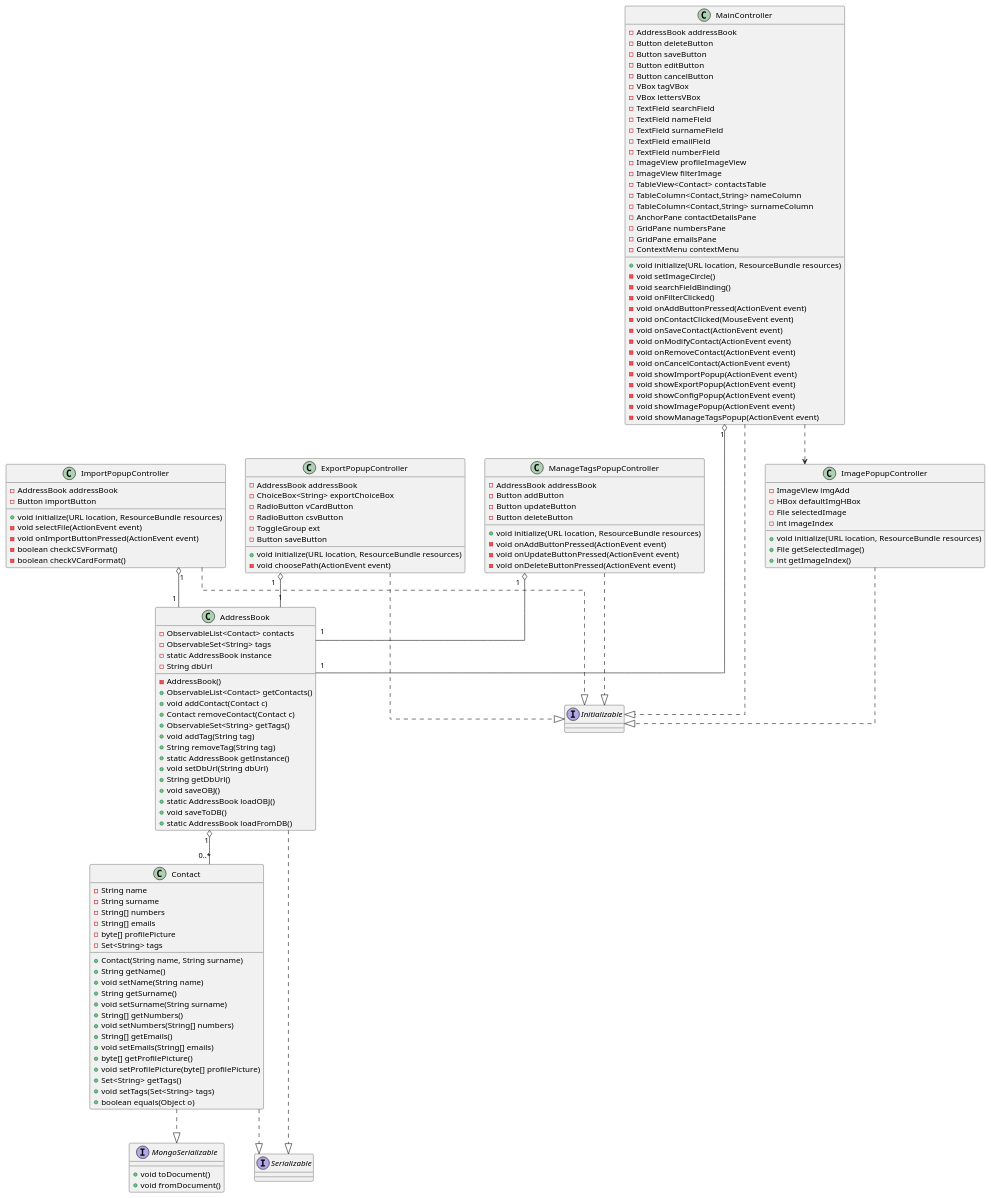
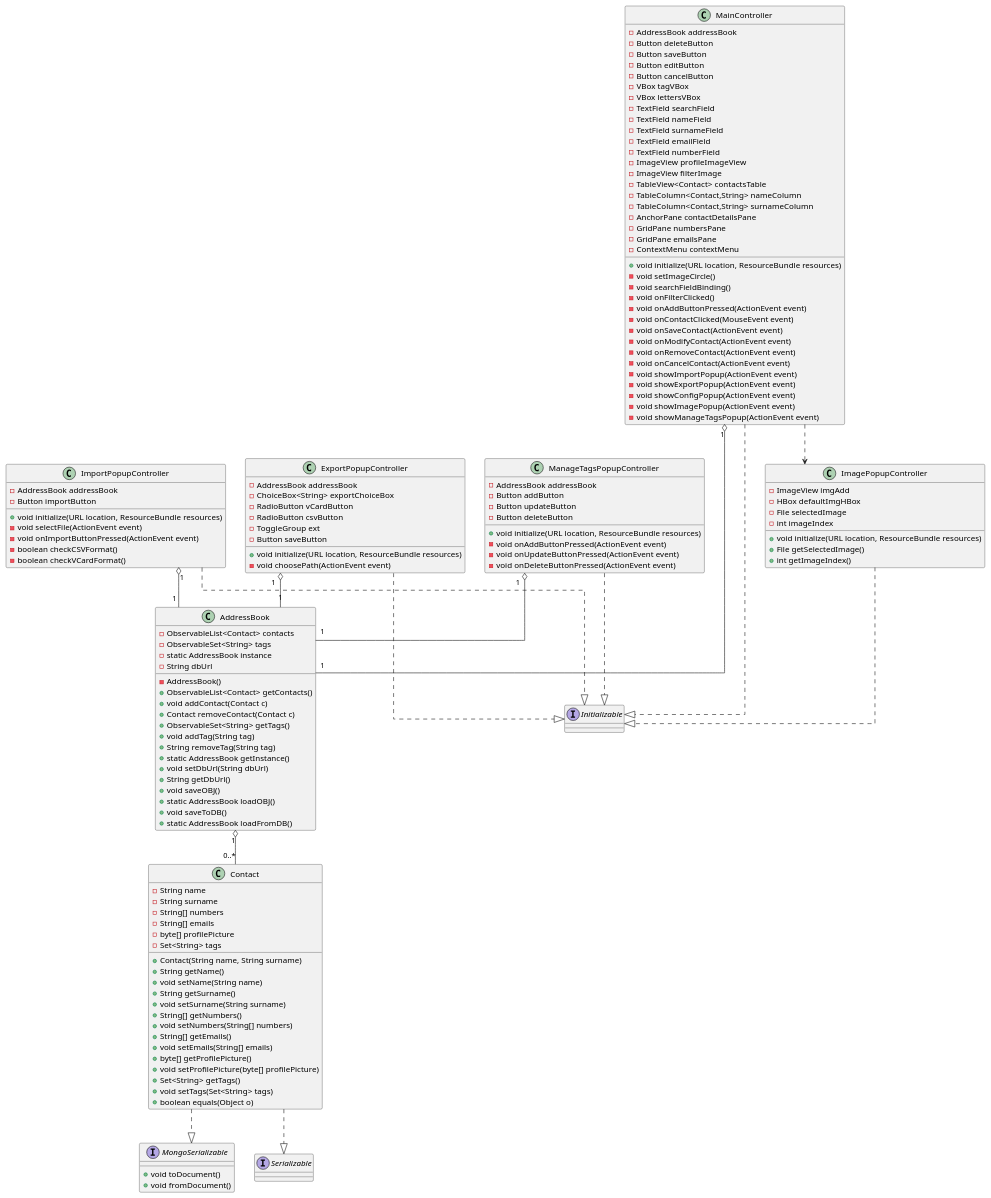
One commit to savaava/ProgettoRubrica changed the diagram in documenti/diagrammaClassi.puml. Above: the diagram before and after it, drawn with PlantUML.

Commit message:
modifica interfaccia AddressBook

```diff
--- a/documenti/diagrammaClassi.puml
+++ b/documenti/diagrammaClassi.puml
@@ -1,169 +1,167 @@
 @startuml DiagrammaDelleClassi
 skinparam linetype ortho
 'left to right direction
 
 class Contact {
     - String name 
     - String surname 
     - String[] numbers
     - String[] emails
     - byte[] profilePicture
     - Set<String> tags
 
     + Contact(String name, String surname)
     + String getName()
     + void setName(String name)
     + String getSurname()
     + void setSurname(String surname)
     + String[] getNumbers()
     + void setNumbers(String[] numbers)
     + String[] getEmails()
     + void setEmails(String[] emails)
     + byte[] getProfilePicture()
     + void setProfilePicture(byte[] profilePicture)
     + Set<String> getTags()
     + void setTags(Set<String> tags)
     + boolean equals(Object o)
     
 }
 
 interface MongoSerializable {
     +void toDocument() 
     +void fromDocument()
 }
 
 Contact ..|> MongoSerializable
 
 class AddressBook {
     - ObservableList<Contact> contacts
     - ObservableSet<String> tags
     - static AddressBook instance
     - String dbUrl 
     - AddressBook()
     + ObservableList<Contact> getContacts()
     + void addContact(Contact c)
     + Contact removeContact(Contact c)
     + ObservableSet<String> getTags()
     + void addTag(String tag)
     + String removeTag(String tag)
     + static AddressBook getInstance()
     + void setDbUrl(String dbUrl)
     + String getDbUrl()
     + void saveOBJ()
     + static AddressBook loadOBJ()
     + void saveToDB()
     + static AddressBook loadFromDB()
     
 }
 
 interface Serializable
-
 Contact ..|> Serializable
-AddressBook ..|> Serializable
 AddressBook "1" o-- "0..*" Contact
 
 class MainController {
     - AddressBook addressBook
     - Button deleteButton
     - Button saveButton
     - Button editButton
     - Button cancelButton
     - VBox tagVBox
     - VBox lettersVBox
     - TextField searchField
     - TextField nameField
     - TextField surnameField
     - TextField emailField
     - TextField numberField
     - ImageView profileImageView
     - ImageView filterImage
     - TableView<Contact> contactsTable
     - TableColumn<Contact,String> nameColumn
     - TableColumn<Contact,String> surnameColumn
     - AnchorPane contactDetailsPane
     - GridPane numbersPane
     - GridPane emailsPane
     - ContextMenu contextMenu
 
     + void initialize(URL location, ResourceBundle resources)
     - void setImageCircle()
     - void searchFieldBinding()    
     - void onFilterClicked()
     - void onAddButtonPressed(ActionEvent event)
     - void onContactClicked(MouseEvent event)
     - void onSaveContact(ActionEvent event)
     - void onModifyContact(ActionEvent event)
     - void onRemoveContact(ActionEvent event)
     - void onCancelContact(ActionEvent event)
     - void showImportPopup(ActionEvent event)
     - void showExportPopup(ActionEvent event)
     - void showConfigPopup(ActionEvent event)
     - void showImagePopup(ActionEvent event)
     - void showManageTagsPopup(ActionEvent event)
 }
 
 MainController ..> ImagePopupController
 
 
 interface Initializable
 MainController ..|> Initializable
 MainController "1" o-- "1" AddressBook
 
 class ImportPopupController {
     - AddressBook addressBook
     - Button importButton
     + void initialize(URL location, ResourceBundle resources)
     - void selectFile(ActionEvent event)
     - void onImportButtonPressed(ActionEvent event)
     - boolean checkCSVFormat()
     - boolean checkVCardFormat()
 }
 
 ImportPopupController ..|> Initializable
 ImportPopupController "1" o-- "1" AddressBook
 
 class ExportPopupController {
     - AddressBook addressBook
     - ChoiceBox<String> exportChoiceBox
     - RadioButton vCardButton
     - RadioButton csvButton
     - ToggleGroup ext
     - Button saveButton
 
     + void initialize(URL location, ResourceBundle resources)
     - void choosePath(ActionEvent event)
 }
 
 ExportPopupController ..|> Initializable
 ExportPopupController "1" o-- "1" AddressBook
 
 class ManageTagsPopupController {
     - AddressBook addressBook
     - Button addButton
     - Button updateButton
     - Button deleteButton
 
     + void initialize(URL location, ResourceBundle resources)
     - void onAddButtonPressed(ActionEvent event)
     - void onUpdateButtonPressed(ActionEvent event)
     - void onDeleteButtonPressed(ActionEvent event)
 }
 
 ManageTagsPopupController ..|> Initializable
 ManageTagsPopupController "1" o-- "1" AddressBook
 
 class ImagePopupController {
     - ImageView imgAdd
     - HBox defaultImgHBox
     - File selectedImage
     - int imageIndex
 
     + void initialize(URL location, ResourceBundle resources)
     + File getSelectedImage()
     + int getImageIndex()
 }
 
 ImagePopupController ..|> Initializable
 
 
 @enduml
```
